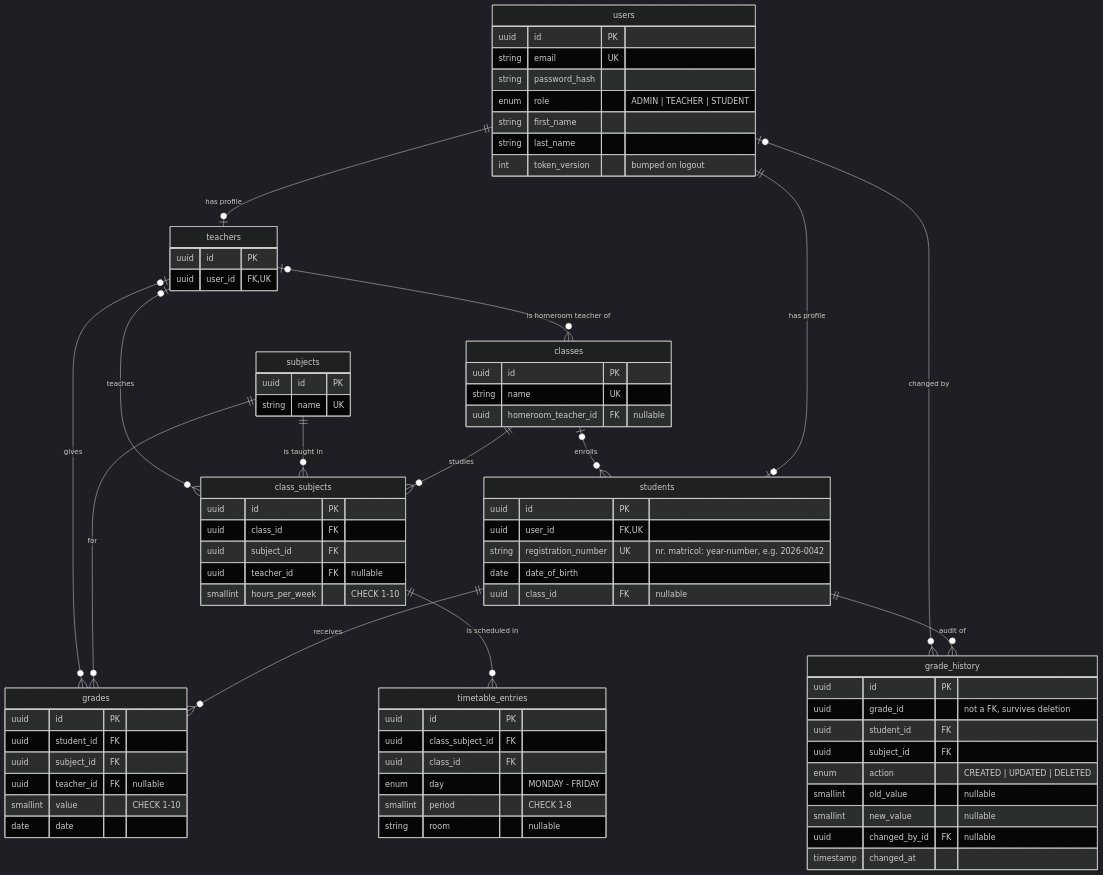
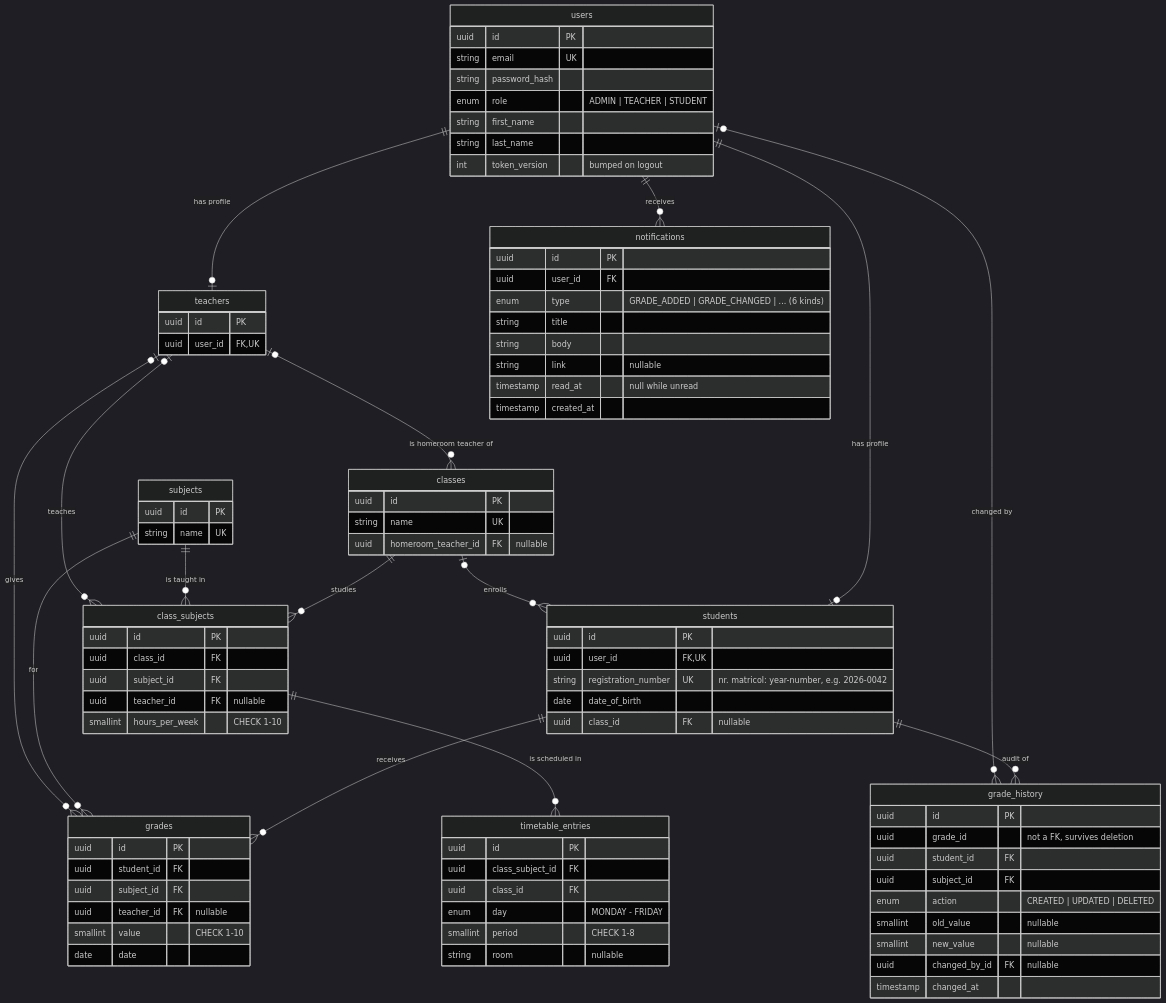
Before and after one commit to hutanstefan/SchoolManagementSystem: the diagram in README.md, drawn with Mermaid (dark theme). The commit also changed other lines of this file and 56 other files, not shown here.

````diff
--- a/README.md
+++ b/README.md
@@ -113,6 +113,7 @@
     teachers |o--o{ grades : "gives"
     students ||--o{ grade_history : "audit of"
     users |o--o{ grade_history : "changed by"
+    users ||--o{ notifications : "receives"
 
     users {
         uuid id PK
@@ -177,4 +178,14 @@
         uuid changed_by_id FK "nullable"
         timestamp changed_at
     }
+    notifications {
+        uuid id PK
+        uuid user_id FK
+        enum type "GRADE_ADDED | GRADE_CHANGED | ... (6 kinds)"
+        string title
+        string body
+        string link "nullable"
+        timestamp read_at "null while unread"
+        timestamp created_at
+    }
 ```
````
